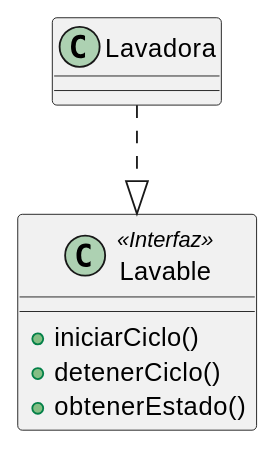
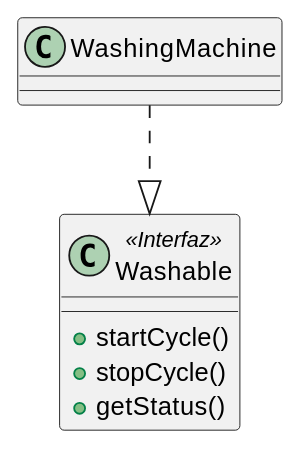
One commit to jcg-admin/IACT-docs changed the diagram in source/base-cognitiva/_uml/uml-01-introduccion/estereotipos.rst. Above: the diagram before and after it, drawn with PlantUML. The commit also changed 16 other files, not shown here.

```diff
--- a/source/base-cognitiva/_uml/uml-01-introduccion/estereotipos.rst
+++ b/source/base-cognitiva/_uml/uml-01-introduccion/estereotipos.rst
@@ -19,12 +19,12 @@
 .. uml::
 
    @startuml
 
-   class Lavable <<Interfaz>> {
-     + iniciarCiclo()
-     + detenerCiclo()
-     + obtenerEstado()
+   class Washable <<Interfaz>> {
+     + startCycle()
+     + stopCycle()
+     + getStatus()
    }
-   class Lavadora
-   Lavadora ..|> Lavable
+   class WashingMachine
+   WashingMachine ..|> Washable
    @enduml
```
